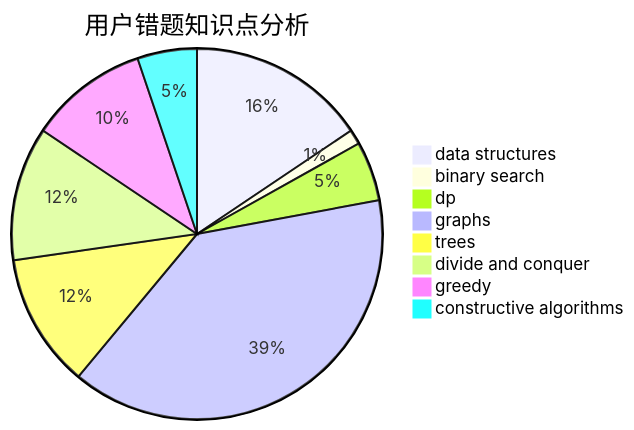
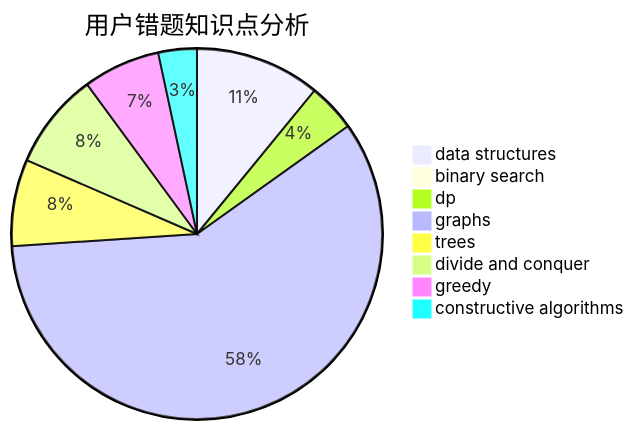
One commit to sherpahu/cfrs.github.io changed the third of 3 diagrams in docs/user/u2062.md. Above: the diagram before and after it, drawn with Mermaid. The commit also changed other lines of this file and 2770 other files, not shown here.

````diff
--- a/docs/user/u2062.md
+++ b/docs/user/u2062.md
@@ -36,11 +36,11 @@
 ```mermaid
 pie title 用户错题知识点分析
-    "data structures" :  12
+    "data structures" :  13
     "binary search" :  1
-    "dp" :  4
-    "graphs" :  30
+    "dp" :  5
+    "graphs" :  70
     "trees" :  9
-    "divide and conquer" :  9
+    "divide and conquer" :  10
     "greedy" :  8
     "constructive algorithms" :  4
 ```
````
